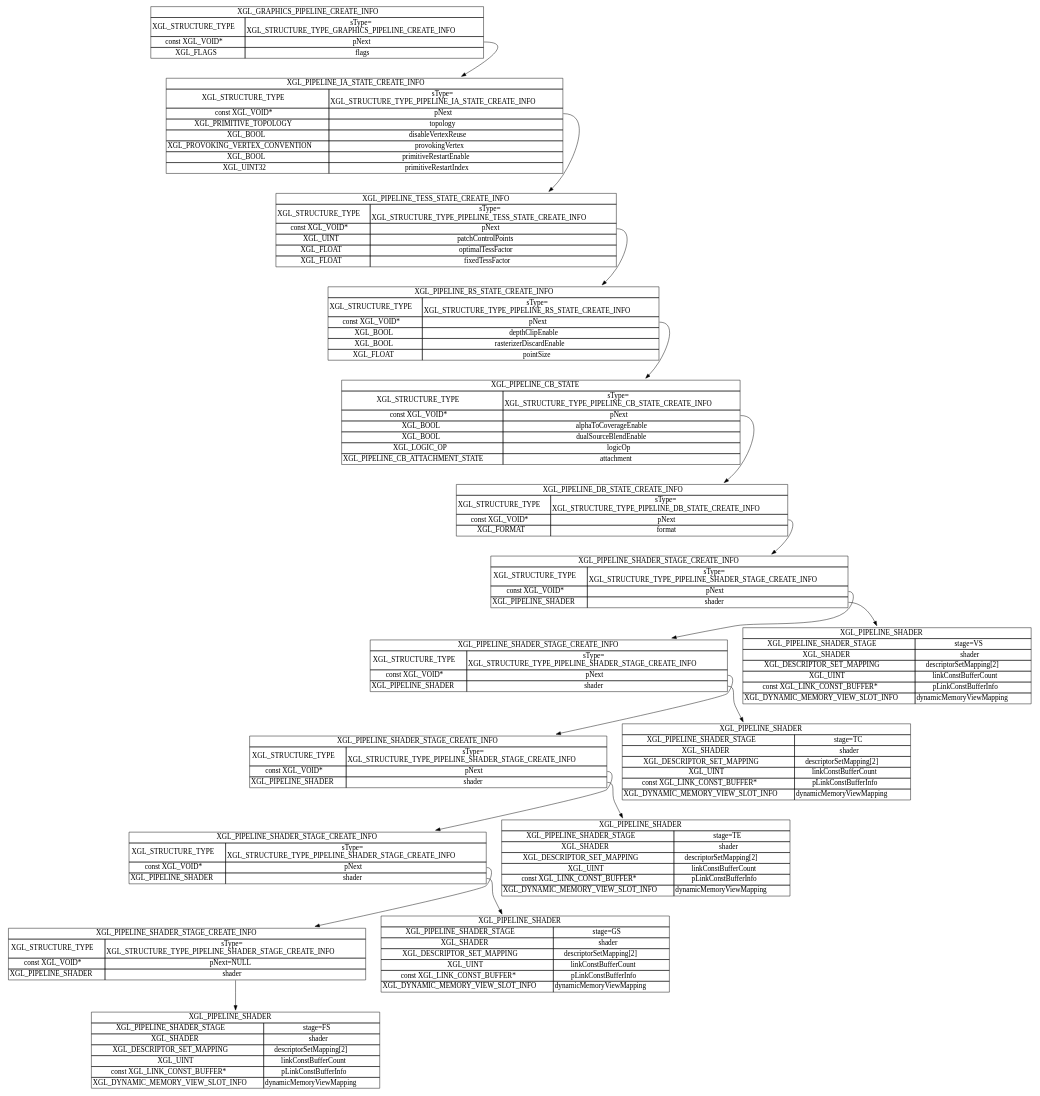
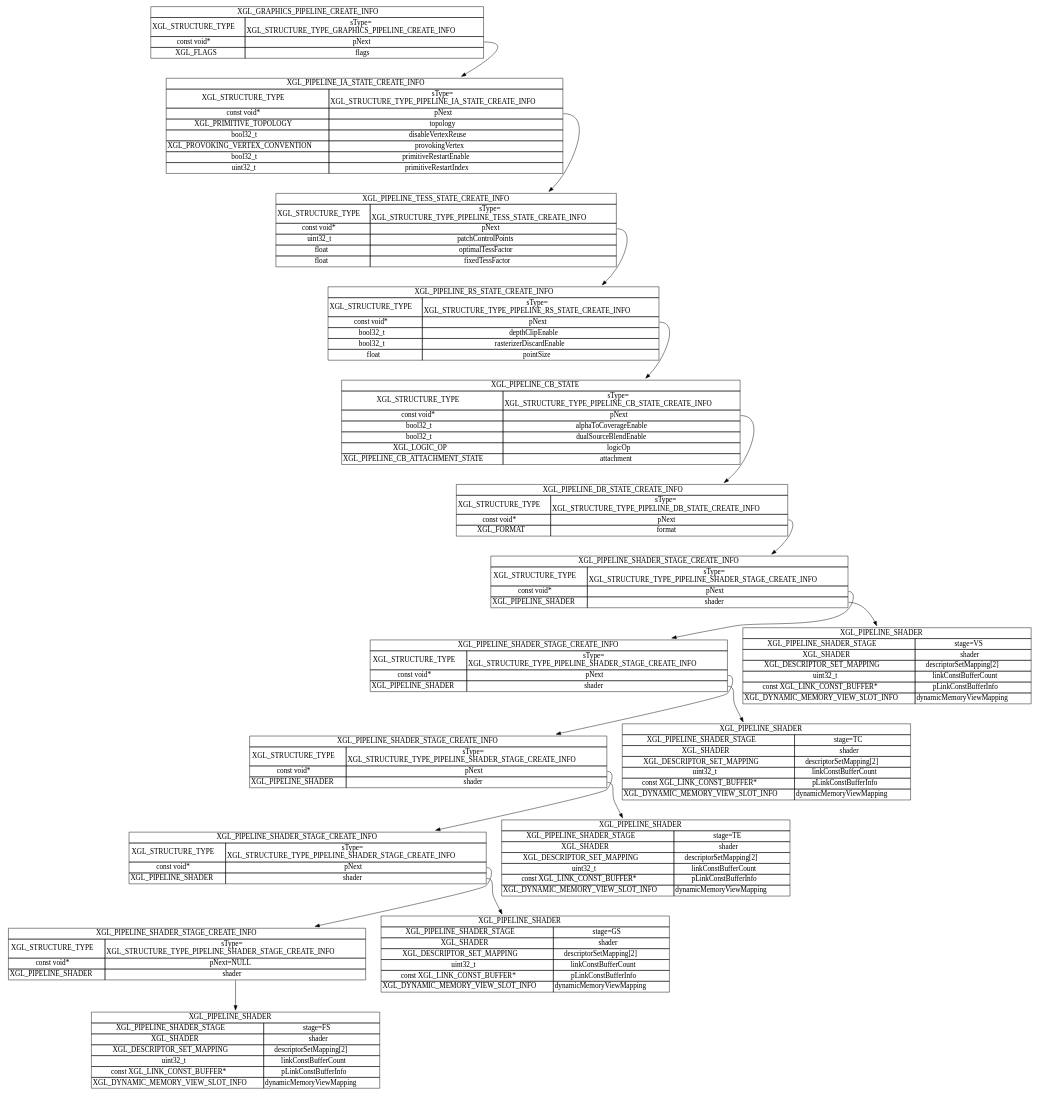
The diagram in docs/xgl_graphics_pipeline.dot (LunarG/VulkanSamples), drawn with Graphviz before and after one commit. The commit also changed 80 other files, not shown here.

```diff
--- a/docs/xgl_graphics_pipeline.dot
+++ b/docs/xgl_graphics_pipeline.dot
@@ -9,52 +9,52 @@
 edge [
 ];
 "_XGL_GRAPHICS_PIPELINE_CREATE_INFO" [
-label = <<TABLE BORDER="0" CELLBORDER="1" CELLSPACING="0"> <TR><TD COLSPAN="2" PORT="f0">XGL_GRAPHICS_PIPELINE_CREATE_INFO</TD></TR><TR><TD>XGL_STRUCTURE_TYPE</TD><TD>sType=<BR/>XGL_STRUCTURE_TYPE_GRAPHICS_PIPELINE_CREATE_INFO</TD></TR><TR><TD>const XGL_VOID*</TD><TD PORT="f2">pNext</TD></TR><TR><TD>XGL_FLAGS</TD><TD>flags</TD></TR></TABLE>>
+label = <<TABLE BORDER="0" CELLBORDER="1" CELLSPACING="0"> <TR><TD COLSPAN="2" PORT="f0">XGL_GRAPHICS_PIPELINE_CREATE_INFO</TD></TR><TR><TD>XGL_STRUCTURE_TYPE</TD><TD>sType=<BR/>XGL_STRUCTURE_TYPE_GRAPHICS_PIPELINE_CREATE_INFO</TD></TR><TR><TD>const void*</TD><TD PORT="f2">pNext</TD></TR><TR><TD>XGL_FLAGS</TD><TD>flags</TD></TR></TABLE>>
 ];
 "_XGL_PIPELINE_IA_STATE_CREATE_INFO" [
-label = <<TABLE BORDER="0" CELLBORDER="1" CELLSPACING="0"> <TR><TD COLSPAN="2" PORT="f0">XGL_PIPELINE_IA_STATE_CREATE_INFO</TD></TR><TR><TD>XGL_STRUCTURE_TYPE</TD><TD>sType=<BR/>XGL_STRUCTURE_TYPE_PIPELINE_IA_STATE_CREATE_INFO</TD></TR><TR><TD>const XGL_VOID*</TD><TD PORT="f2">pNext</TD></TR><TR><TD>XGL_PRIMITIVE_TOPOLOGY</TD><TD>topology</TD></TR><TR><TD>XGL_BOOL</TD><TD>disableVertexReuse</TD></TR><TR><TD>XGL_PROVOKING_VERTEX_CONVENTION</TD><TD>provokingVertex</TD></TR><TR><TD>XGL_BOOL</TD><TD>primitiveRestartEnable</TD></TR><TR><TD>XGL_UINT32</TD><TD>primitiveRestartIndex</TD></TR></TABLE>>
+label = <<TABLE BORDER="0" CELLBORDER="1" CELLSPACING="0"> <TR><TD COLSPAN="2" PORT="f0">XGL_PIPELINE_IA_STATE_CREATE_INFO</TD></TR><TR><TD>XGL_STRUCTURE_TYPE</TD><TD>sType=<BR/>XGL_STRUCTURE_TYPE_PIPELINE_IA_STATE_CREATE_INFO</TD></TR><TR><TD>const void*</TD><TD PORT="f2">pNext</TD></TR><TR><TD>XGL_PRIMITIVE_TOPOLOGY</TD><TD>topology</TD></TR><TR><TD>bool32_t</TD><TD>disableVertexReuse</TD></TR><TR><TD>XGL_PROVOKING_VERTEX_CONVENTION</TD><TD>provokingVertex</TD></TR><TR><TD>bool32_t</TD><TD>primitiveRestartEnable</TD></TR><TR><TD>uint32_t</TD><TD>primitiveRestartIndex</TD></TR></TABLE>>
 ];
 "_XGL_PIPELINE_TESS_STATE_CREATE_INFO" [
-label = <<TABLE BORDER="0" CELLBORDER="1" CELLSPACING="0"> <TR><TD COLSPAN="2" PORT="f0">XGL_PIPELINE_TESS_STATE_CREATE_INFO</TD></TR><TR><TD>XGL_STRUCTURE_TYPE</TD><TD>sType=<BR/>XGL_STRUCTURE_TYPE_PIPELINE_TESS_STATE_CREATE_INFO</TD></TR><TR><TD>const XGL_VOID*</TD><TD PORT="f2">pNext</TD></TR><TR><TD>XGL_UINT</TD><TD>patchControlPoints</TD></TR> <TR><TD>XGL_FLOAT</TD><TD>optimalTessFactor</TD></TR><TR><TD>XGL_FLOAT</TD><TD>fixedTessFactor</TD></TR></TABLE>>
+label = <<TABLE BORDER="0" CELLBORDER="1" CELLSPACING="0"> <TR><TD COLSPAN="2" PORT="f0">XGL_PIPELINE_TESS_STATE_CREATE_INFO</TD></TR><TR><TD>XGL_STRUCTURE_TYPE</TD><TD>sType=<BR/>XGL_STRUCTURE_TYPE_PIPELINE_TESS_STATE_CREATE_INFO</TD></TR><TR><TD>const void*</TD><TD PORT="f2">pNext</TD></TR><TR><TD>uint32_t</TD><TD>patchControlPoints</TD></TR> <TR><TD>float</TD><TD>optimalTessFactor</TD></TR><TR><TD>float</TD><TD>fixedTessFactor</TD></TR></TABLE>>
 ];
 "_XGL_PIPELINE_RS_STATE_CREATE_INFO" [
-label = <<TABLE BORDER="0" CELLBORDER="1" CELLSPACING="0"> <TR><TD COLSPAN="2" PORT="f0">XGL_PIPELINE_RS_STATE_CREATE_INFO</TD></TR><TR><TD>XGL_STRUCTURE_TYPE</TD><TD>sType=<BR/>XGL_STRUCTURE_TYPE_PIPELINE_RS_STATE_CREATE_INFO</TD></TR> <TR><TD>const XGL_VOID*</TD><TD PORT="f2">pNext</TD></TR> <TR><TD>XGL_BOOL</TD><TD>depthClipEnable</TD></TR> <TR><TD>XGL_BOOL</TD><TD>rasterizerDiscardEnable</TD></TR> <TR><TD>XGL_FLOAT</TD><TD>pointSize</TD></TR> </TABLE>>
+label = <<TABLE BORDER="0" CELLBORDER="1" CELLSPACING="0"> <TR><TD COLSPAN="2" PORT="f0">XGL_PIPELINE_RS_STATE_CREATE_INFO</TD></TR><TR><TD>XGL_STRUCTURE_TYPE</TD><TD>sType=<BR/>XGL_STRUCTURE_TYPE_PIPELINE_RS_STATE_CREATE_INFO</TD></TR> <TR><TD>const void*</TD><TD PORT="f2">pNext</TD></TR> <TR><TD>bool32_t</TD><TD>depthClipEnable</TD></TR> <TR><TD>bool32_t</TD><TD>rasterizerDiscardEnable</TD></TR> <TR><TD>float</TD><TD>pointSize</TD></TR> </TABLE>>
 ];
 "_XGL_PIPELINE_CB_STATE_CREATE_INFO" [
-label = <<TABLE BORDER="0" CELLBORDER="1" CELLSPACING="0"> <TR><TD COLSPAN="2" PORT="f0">XGL_PIPELINE_CB_STATE</TD></TR><TR><TD>XGL_STRUCTURE_TYPE</TD><TD>sType=<BR/>XGL_STRUCTURE_TYPE_PIPELINE_CB_STATE_CREATE_INFO</TD></TR> <TR><TD>const XGL_VOID*</TD><TD PORT="f2">pNext</TD></TR> <TR><TD>XGL_BOOL</TD><TD>alphaToCoverageEnable</TD></TR> <TR><TD>XGL_BOOL</TD><TD>dualSourceBlendEnable</TD></TR> <TR><TD>XGL_LOGIC_OP</TD><TD>logicOp</TD></TR> <TR><TD>XGL_PIPELINE_CB_ATTACHMENT_STATE</TD><TD>attachment</TD></TR> </TABLE>>
+label = <<TABLE BORDER="0" CELLBORDER="1" CELLSPACING="0"> <TR><TD COLSPAN="2" PORT="f0">XGL_PIPELINE_CB_STATE</TD></TR><TR><TD>XGL_STRUCTURE_TYPE</TD><TD>sType=<BR/>XGL_STRUCTURE_TYPE_PIPELINE_CB_STATE_CREATE_INFO</TD></TR> <TR><TD>const void*</TD><TD PORT="f2">pNext</TD></TR> <TR><TD>bool32_t</TD><TD>alphaToCoverageEnable</TD></TR> <TR><TD>bool32_t</TD><TD>dualSourceBlendEnable</TD></TR> <TR><TD>XGL_LOGIC_OP</TD><TD>logicOp</TD></TR> <TR><TD>XGL_PIPELINE_CB_ATTACHMENT_STATE</TD><TD>attachment</TD></TR> </TABLE>>
 ];
 "_XGL_PIPELINE_DB_STATE_CREATE_INFO" [
-label = <<TABLE BORDER="0" CELLBORDER="1" CELLSPACING="0"> <TR><TD COLSPAN="2" PORT="f0">XGL_PIPELINE_DB_STATE_CREATE_INFO</TD></TR><TR><TD>XGL_STRUCTURE_TYPE</TD><TD>sType=<BR/>XGL_STRUCTURE_TYPE_PIPELINE_DB_STATE_CREATE_INFO</TD></TR> <TR><TD>const XGL_VOID*</TD><TD PORT="f2">pNext</TD></TR> <TR><TD>XGL_FORMAT</TD><TD>format</TD></TR> </TABLE>>
+label = <<TABLE BORDER="0" CELLBORDER="1" CELLSPACING="0"> <TR><TD COLSPAN="2" PORT="f0">XGL_PIPELINE_DB_STATE_CREATE_INFO</TD></TR><TR><TD>XGL_STRUCTURE_TYPE</TD><TD>sType=<BR/>XGL_STRUCTURE_TYPE_PIPELINE_DB_STATE_CREATE_INFO</TD></TR> <TR><TD>const void*</TD><TD PORT="f2">pNext</TD></TR> <TR><TD>XGL_FORMAT</TD><TD>format</TD></TR> </TABLE>>
 ];
 "VS_XGL_PIPELINE_SHADER_STAGE_CREATE_INFO" [
-label = <<TABLE BORDER="0" CELLBORDER="1" CELLSPACING="0"> <TR><TD COLSPAN="2" PORT="f0">XGL_PIPELINE_SHADER_STAGE_CREATE_INFO</TD></TR><TR><TD>XGL_STRUCTURE_TYPE</TD><TD>sType=<BR/>XGL_STRUCTURE_TYPE_PIPELINE_SHADER_STAGE_CREATE_INFO</TD></TR> <TR><TD>const XGL_VOID*</TD><TD PORT="f2">pNext</TD></TR> <TR><TD>XGL_PIPELINE_SHADER</TD><TD PORT="f4">shader</TD></TR> </TABLE>>
+label = <<TABLE BORDER="0" CELLBORDER="1" CELLSPACING="0"> <TR><TD COLSPAN="2" PORT="f0">XGL_PIPELINE_SHADER_STAGE_CREATE_INFO</TD></TR><TR><TD>XGL_STRUCTURE_TYPE</TD><TD>sType=<BR/>XGL_STRUCTURE_TYPE_PIPELINE_SHADER_STAGE_CREATE_INFO</TD></TR> <TR><TD>const void*</TD><TD PORT="f2">pNext</TD></TR> <TR><TD>XGL_PIPELINE_SHADER</TD><TD PORT="f4">shader</TD></TR> </TABLE>>
 ];
 "TC_XGL_PIPELINE_SHADER_STAGE_CREATE_INFO" [
-label = <<TABLE BORDER="0" CELLBORDER="1" CELLSPACING="0"> <TR><TD COLSPAN="2" PORT="f0">XGL_PIPELINE_SHADER_STAGE_CREATE_INFO</TD></TR><TR><TD>XGL_STRUCTURE_TYPE</TD><TD>sType=<BR/>XGL_STRUCTURE_TYPE_PIPELINE_SHADER_STAGE_CREATE_INFO</TD></TR> <TR><TD>const XGL_VOID*</TD><TD PORT="f2">pNext</TD></TR> <TR><TD>XGL_PIPELINE_SHADER</TD><TD PORT="f4">shader</TD></TR> </TABLE>>
+label = <<TABLE BORDER="0" CELLBORDER="1" CELLSPACING="0"> <TR><TD COLSPAN="2" PORT="f0">XGL_PIPELINE_SHADER_STAGE_CREATE_INFO</TD></TR><TR><TD>XGL_STRUCTURE_TYPE</TD><TD>sType=<BR/>XGL_STRUCTURE_TYPE_PIPELINE_SHADER_STAGE_CREATE_INFO</TD></TR> <TR><TD>const void*</TD><TD PORT="f2">pNext</TD></TR> <TR><TD>XGL_PIPELINE_SHADER</TD><TD PORT="f4">shader</TD></TR> </TABLE>>
 ];
 "TE_XGL_PIPELINE_SHADER_STAGE_CREATE_INFO" [
-label = <<TABLE BORDER="0" CELLBORDER="1" CELLSPACING="0"> <TR><TD COLSPAN="2" PORT="f0">XGL_PIPELINE_SHADER_STAGE_CREATE_INFO</TD></TR><TR><TD>XGL_STRUCTURE_TYPE</TD><TD>sType=<BR/>XGL_STRUCTURE_TYPE_PIPELINE_SHADER_STAGE_CREATE_INFO</TD></TR> <TR><TD>const XGL_VOID*</TD><TD PORT="f2">pNext</TD></TR> <TR><TD>XGL_PIPELINE_SHADER</TD><TD PORT="f4">shader</TD></TR> </TABLE>>
+label = <<TABLE BORDER="0" CELLBORDER="1" CELLSPACING="0"> <TR><TD COLSPAN="2" PORT="f0">XGL_PIPELINE_SHADER_STAGE_CREATE_INFO</TD></TR><TR><TD>XGL_STRUCTURE_TYPE</TD><TD>sType=<BR/>XGL_STRUCTURE_TYPE_PIPELINE_SHADER_STAGE_CREATE_INFO</TD></TR> <TR><TD>const void*</TD><TD PORT="f2">pNext</TD></TR> <TR><TD>XGL_PIPELINE_SHADER</TD><TD PORT="f4">shader</TD></TR> </TABLE>>
 ];
 "GS_XGL_PIPELINE_SHADER_STAGE_CREATE_INFO" [
-label = <<TABLE BORDER="0" CELLBORDER="1" CELLSPACING="0"> <TR><TD COLSPAN="2" PORT="f0">XGL_PIPELINE_SHADER_STAGE_CREATE_INFO</TD></TR><TR><TD>XGL_STRUCTURE_TYPE</TD><TD>sType=<BR/>XGL_STRUCTURE_TYPE_PIPELINE_SHADER_STAGE_CREATE_INFO</TD></TR> <TR><TD>const XGL_VOID*</TD><TD PORT="f2">pNext</TD></TR> <TR><TD>XGL_PIPELINE_SHADER</TD><TD PORT="f4">shader</TD></TR> </TABLE>>
+label = <<TABLE BORDER="0" CELLBORDER="1" CELLSPACING="0"> <TR><TD COLSPAN="2" PORT="f0">XGL_PIPELINE_SHADER_STAGE_CREATE_INFO</TD></TR><TR><TD>XGL_STRUCTURE_TYPE</TD><TD>sType=<BR/>XGL_STRUCTURE_TYPE_PIPELINE_SHADER_STAGE_CREATE_INFO</TD></TR> <TR><TD>const void*</TD><TD PORT="f2">pNext</TD></TR> <TR><TD>XGL_PIPELINE_SHADER</TD><TD PORT="f4">shader</TD></TR> </TABLE>>
 ];
 "FS_XGL_PIPELINE_SHADER_STAGE_CREATE_INFO" [
-label = <<TABLE BORDER="0" CELLBORDER="1" CELLSPACING="0"> <TR><TD COLSPAN="2" PORT="f0">XGL_PIPELINE_SHADER_STAGE_CREATE_INFO</TD></TR><TR><TD>XGL_STRUCTURE_TYPE</TD><TD>sType=<BR/>XGL_STRUCTURE_TYPE_PIPELINE_SHADER_STAGE_CREATE_INFO</TD></TR> <TR><TD>const XGL_VOID*</TD><TD PORT="f2">pNext=NULL</TD></TR> <TR><TD>XGL_PIPELINE_SHADER</TD><TD PORT="f4">shader</TD></TR> </TABLE>>
+label = <<TABLE BORDER="0" CELLBORDER="1" CELLSPACING="0"> <TR><TD COLSPAN="2" PORT="f0">XGL_PIPELINE_SHADER_STAGE_CREATE_INFO</TD></TR><TR><TD>XGL_STRUCTURE_TYPE</TD><TD>sType=<BR/>XGL_STRUCTURE_TYPE_PIPELINE_SHADER_STAGE_CREATE_INFO</TD></TR> <TR><TD>const void*</TD><TD PORT="f2">pNext=NULL</TD></TR> <TR><TD>XGL_PIPELINE_SHADER</TD><TD PORT="f4">shader</TD></TR> </TABLE>>
 ];
 "VS_XGL_PIPELINE_SHADER" [
-label = <<TABLE BORDER="0" CELLBORDER="1" CELLSPACING="0"> <TR><TD COLSPAN="2" PORT="f0">XGL_PIPELINE_SHADER</TD></TR><TR><TD PORT="f1">XGL_PIPELINE_SHADER_STAGE</TD><TD PORT="f2">stage=VS</TD></TR><TR><TD PORT="f3">XGL_SHADER</TD><TD PORT="f4">shader</TD></TR><TR><TD PORT="f5">XGL_DESCRIPTOR_SET_MAPPING</TD><TD PORT="f6">descriptorSetMapping[2]</TD></TR><TR><TD PORT="f7">XGL_UINT</TD><TD PORT="f8">linkConstBufferCount</TD></TR><TR><TD PORT="f9">const XGL_LINK_CONST_BUFFER*</TD><TD PORT="f10">pLinkConstBufferInfo</TD></TR><TR><TD PORT="f11">XGL_DYNAMIC_MEMORY_VIEW_SLOT_INFO</TD><TD PORT="f12">dynamicMemoryViewMapping</TD></TR></TABLE>>
+label = <<TABLE BORDER="0" CELLBORDER="1" CELLSPACING="0"> <TR><TD COLSPAN="2" PORT="f0">XGL_PIPELINE_SHADER</TD></TR><TR><TD PORT="f1">XGL_PIPELINE_SHADER_STAGE</TD><TD PORT="f2">stage=VS</TD></TR><TR><TD PORT="f3">XGL_SHADER</TD><TD PORT="f4">shader</TD></TR><TR><TD PORT="f5">XGL_DESCRIPTOR_SET_MAPPING</TD><TD PORT="f6">descriptorSetMapping[2]</TD></TR><TR><TD PORT="f7">uint32_t</TD><TD PORT="f8">linkConstBufferCount</TD></TR><TR><TD PORT="f9">const XGL_LINK_CONST_BUFFER*</TD><TD PORT="f10">pLinkConstBufferInfo</TD></TR><TR><TD PORT="f11">XGL_DYNAMIC_MEMORY_VIEW_SLOT_INFO</TD><TD PORT="f12">dynamicMemoryViewMapping</TD></TR></TABLE>>
 ];
 "TC_XGL_PIPELINE_SHADER" [
-label = <<TABLE BORDER="0" CELLBORDER="1" CELLSPACING="0"> <TR><TD COLSPAN="2" PORT="f0">XGL_PIPELINE_SHADER</TD></TR><TR><TD PORT="f1">XGL_PIPELINE_SHADER_STAGE</TD><TD PORT="f2">stage=TC</TD></TR><TR><TD PORT="f3">XGL_SHADER</TD><TD PORT="f4">shader</TD></TR><TR><TD PORT="f5">XGL_DESCRIPTOR_SET_MAPPING</TD><TD PORT="f6">descriptorSetMapping[2]</TD></TR><TR><TD PORT="f7">XGL_UINT</TD><TD PORT="f8">linkConstBufferCount</TD></TR><TR><TD PORT="f9">const XGL_LINK_CONST_BUFFER*</TD><TD PORT="f10">pLinkConstBufferInfo</TD></TR><TR><TD PORT="f11">XGL_DYNAMIC_MEMORY_VIEW_SLOT_INFO</TD><TD PORT="f12">dynamicMemoryViewMapping</TD></TR></TABLE>>
+label = <<TABLE BORDER="0" CELLBORDER="1" CELLSPACING="0"> <TR><TD COLSPAN="2" PORT="f0">XGL_PIPELINE_SHADER</TD></TR><TR><TD PORT="f1">XGL_PIPELINE_SHADER_STAGE</TD><TD PORT="f2">stage=TC</TD></TR><TR><TD PORT="f3">XGL_SHADER</TD><TD PORT="f4">shader</TD></TR><TR><TD PORT="f5">XGL_DESCRIPTOR_SET_MAPPING</TD><TD PORT="f6">descriptorSetMapping[2]</TD></TR><TR><TD PORT="f7">uint32_t</TD><TD PORT="f8">linkConstBufferCount</TD></TR><TR><TD PORT="f9">const XGL_LINK_CONST_BUFFER*</TD><TD PORT="f10">pLinkConstBufferInfo</TD></TR><TR><TD PORT="f11">XGL_DYNAMIC_MEMORY_VIEW_SLOT_INFO</TD><TD PORT="f12">dynamicMemoryViewMapping</TD></TR></TABLE>>
 ];
 "TE_XGL_PIPELINE_SHADER" [
-label = <<TABLE BORDER="0" CELLBORDER="1" CELLSPACING="0"> <TR><TD COLSPAN="2" PORT="f0">XGL_PIPELINE_SHADER</TD></TR><TR><TD PORT="f1">XGL_PIPELINE_SHADER_STAGE</TD><TD PORT="f2">stage=TE</TD></TR><TR><TD PORT="f3">XGL_SHADER</TD><TD PORT="f4">shader</TD></TR><TR><TD PORT="f5">XGL_DESCRIPTOR_SET_MAPPING</TD><TD PORT="f6">descriptorSetMapping[2]</TD></TR><TR><TD PORT="f7">XGL_UINT</TD><TD PORT="f8">linkConstBufferCount</TD></TR><TR><TD PORT="f9">const XGL_LINK_CONST_BUFFER*</TD><TD PORT="f10">pLinkConstBufferInfo</TD></TR><TR><TD PORT="f11">XGL_DYNAMIC_MEMORY_VIEW_SLOT_INFO</TD><TD PORT="f12">dynamicMemoryViewMapping</TD></TR></TABLE>>
+label = <<TABLE BORDER="0" CELLBORDER="1" CELLSPACING="0"> <TR><TD COLSPAN="2" PORT="f0">XGL_PIPELINE_SHADER</TD></TR><TR><TD PORT="f1">XGL_PIPELINE_SHADER_STAGE</TD><TD PORT="f2">stage=TE</TD></TR><TR><TD PORT="f3">XGL_SHADER</TD><TD PORT="f4">shader</TD></TR><TR><TD PORT="f5">XGL_DESCRIPTOR_SET_MAPPING</TD><TD PORT="f6">descriptorSetMapping[2]</TD></TR><TR><TD PORT="f7">uint32_t</TD><TD PORT="f8">linkConstBufferCount</TD></TR><TR><TD PORT="f9">const XGL_LINK_CONST_BUFFER*</TD><TD PORT="f10">pLinkConstBufferInfo</TD></TR><TR><TD PORT="f11">XGL_DYNAMIC_MEMORY_VIEW_SLOT_INFO</TD><TD PORT="f12">dynamicMemoryViewMapping</TD></TR></TABLE>>
 ];
 "GS_XGL_PIPELINE_SHADER" [
-label = <<TABLE BORDER="0" CELLBORDER="1" CELLSPACING="0"> <TR><TD COLSPAN="2" PORT="f0">XGL_PIPELINE_SHADER</TD></TR><TR><TD PORT="f1">XGL_PIPELINE_SHADER_STAGE</TD><TD PORT="f2">stage=GS</TD></TR><TR><TD PORT="f3">XGL_SHADER</TD><TD PORT="f4">shader</TD></TR><TR><TD PORT="f5">XGL_DESCRIPTOR_SET_MAPPING</TD><TD PORT="f6">descriptorSetMapping[2]</TD></TR><TR><TD PORT="f7">XGL_UINT</TD><TD PORT="f8">linkConstBufferCount</TD></TR><TR><TD PORT="f9">const XGL_LINK_CONST_BUFFER*</TD><TD PORT="f10">pLinkConstBufferInfo</TD></TR><TR><TD PORT="f11">XGL_DYNAMIC_MEMORY_VIEW_SLOT_INFO</TD><TD PORT="f12">dynamicMemoryViewMapping</TD></TR></TABLE>>
+label = <<TABLE BORDER="0" CELLBORDER="1" CELLSPACING="0"> <TR><TD COLSPAN="2" PORT="f0">XGL_PIPELINE_SHADER</TD></TR><TR><TD PORT="f1">XGL_PIPELINE_SHADER_STAGE</TD><TD PORT="f2">stage=GS</TD></TR><TR><TD PORT="f3">XGL_SHADER</TD><TD PORT="f4">shader</TD></TR><TR><TD PORT="f5">XGL_DESCRIPTOR_SET_MAPPING</TD><TD PORT="f6">descriptorSetMapping[2]</TD></TR><TR><TD PORT="f7">uint32_t</TD><TD PORT="f8">linkConstBufferCount</TD></TR><TR><TD PORT="f9">const XGL_LINK_CONST_BUFFER*</TD><TD PORT="f10">pLinkConstBufferInfo</TD></TR><TR><TD PORT="f11">XGL_DYNAMIC_MEMORY_VIEW_SLOT_INFO</TD><TD PORT="f12">dynamicMemoryViewMapping</TD></TR></TABLE>>
 ];
 "FS_XGL_PIPELINE_SHADER" [
-label = <<TABLE BORDER="0" CELLBORDER="1" CELLSPACING="0"> <TR><TD COLSPAN="2" PORT="f0">XGL_PIPELINE_SHADER</TD></TR><TR><TD PORT="f1">XGL_PIPELINE_SHADER_STAGE</TD><TD PORT="f2">stage=FS</TD></TR><TR><TD PORT="f3">XGL_SHADER</TD><TD PORT="f4">shader</TD></TR><TR><TD PORT="f5">XGL_DESCRIPTOR_SET_MAPPING</TD><TD PORT="f6">descriptorSetMapping[2]</TD></TR><TR><TD PORT="f7">XGL_UINT</TD><TD PORT="f8">linkConstBufferCount</TD></TR><TR><TD PORT="f9">const XGL_LINK_CONST_BUFFER*</TD><TD PORT="f10">pLinkConstBufferInfo</TD></TR><TR><TD PORT="f11">XGL_DYNAMIC_MEMORY_VIEW_SLOT_INFO</TD><TD PORT="f12">dynamicMemoryViewMapping</TD></TR></TABLE>>
+label = <<TABLE BORDER="0" CELLBORDER="1" CELLSPACING="0"> <TR><TD COLSPAN="2" PORT="f0">XGL_PIPELINE_SHADER</TD></TR><TR><TD PORT="f1">XGL_PIPELINE_SHADER_STAGE</TD><TD PORT="f2">stage=FS</TD></TR><TR><TD PORT="f3">XGL_SHADER</TD><TD PORT="f4">shader</TD></TR><TR><TD PORT="f5">XGL_DESCRIPTOR_SET_MAPPING</TD><TD PORT="f6">descriptorSetMapping[2]</TD></TR><TR><TD PORT="f7">uint32_t</TD><TD PORT="f8">linkConstBufferCount</TD></TR><TR><TD PORT="f9">const XGL_LINK_CONST_BUFFER*</TD><TD PORT="f10">pLinkConstBufferInfo</TD></TR><TR><TD PORT="f11">XGL_DYNAMIC_MEMORY_VIEW_SLOT_INFO</TD><TD PORT="f12">dynamicMemoryViewMapping</TD></TR></TABLE>>
 ];
 "_XGL_GRAPHICS_PIPELINE_CREATE_INFO":f2 -> "_XGL_PIPELINE_IA_STATE_CREATE_INFO" [
 id = 0
```
